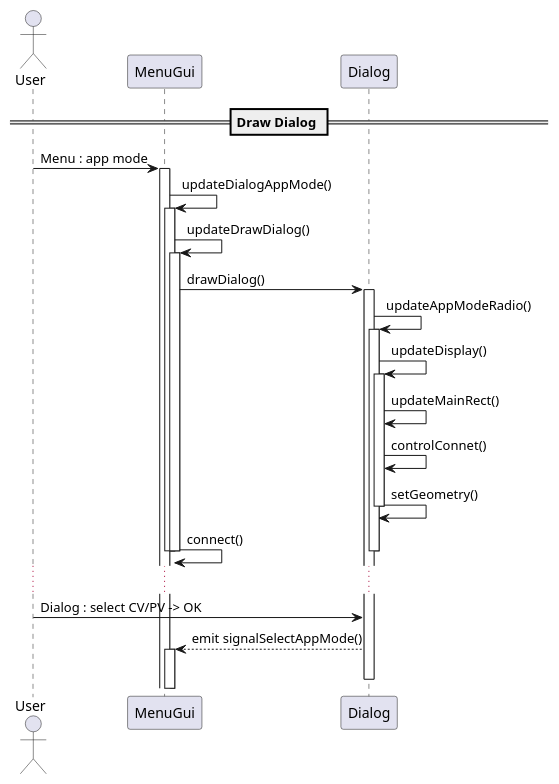
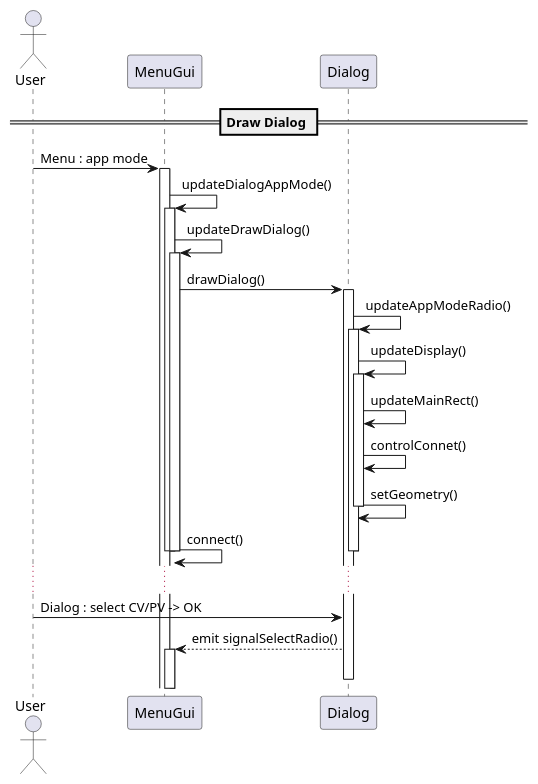
One commit to rlarudgh1997/Application changed the diagram in Diagram/016_Dialog/SequenceDiagram_Dialog.plantuml. Above: the diagram before and after it, drawn with PlantUML. The commit also changed 27 other files, not shown here.

Commit message:
- ManualTC 시트 추가 완료  : CycleMode : 선택 팝업으로 변경  : Signal Data : Enum 입력시 Hex 값으로 변경

```diff
--- a/Diagram/016_Dialog/SequenceDiagram_Dialog.plantuml
+++ b/Diagram/016_Dialog/SequenceDiagram_Dialog.plantuml
@@ -1,51 +1,51 @@
 @startuml
 
 == Draw Dialog ==
 
 actor User order 1
 
 
 participant MenuGui order 10
 participant Dialog order 50
 
 User -> MenuGui: Menu : app mode
 
 
 activate MenuGui
     MenuGui -> MenuGui : updateDialogAppMode()
     activate MenuGui
         MenuGui -> MenuGui : updateDrawDialog()
         activate MenuGui
 
         MenuGui -> Dialog : drawDialog()
         activate Dialog
             Dialog -> Dialog : updateAppModeRadio()
             activate Dialog
                 Dialog -> Dialog : updateDisplay()
                 activate Dialog
                     Dialog -> Dialog : updateMainRect()
                     Dialog -> Dialog : controlConnet()
                     Dialog -> Dialog : setGeometry()
                 deactivate Dialog
         MenuGui -> MenuGui : connect()
         deactivate MenuGui
 '     deactivate MenuGui
 
 deactivate Dialog
 deactivate MenuGui
 
 
 ...
 User -> Dialog : Dialog : select CV/PV -> OK
 
 
 
-MenuGui <-- Dialog : emit signalSelectAppMode()
+MenuGui <-- Dialog : emit signalSelectRadio()
 activate MenuGui
 
 deactivate Dialog
 
 
 
 
 @enduml
```
